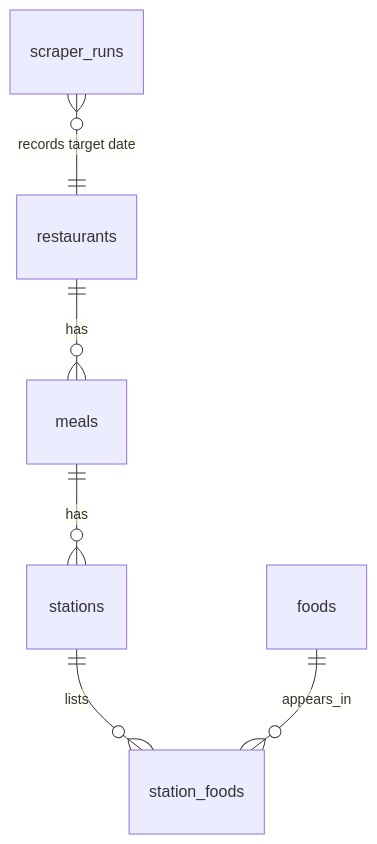
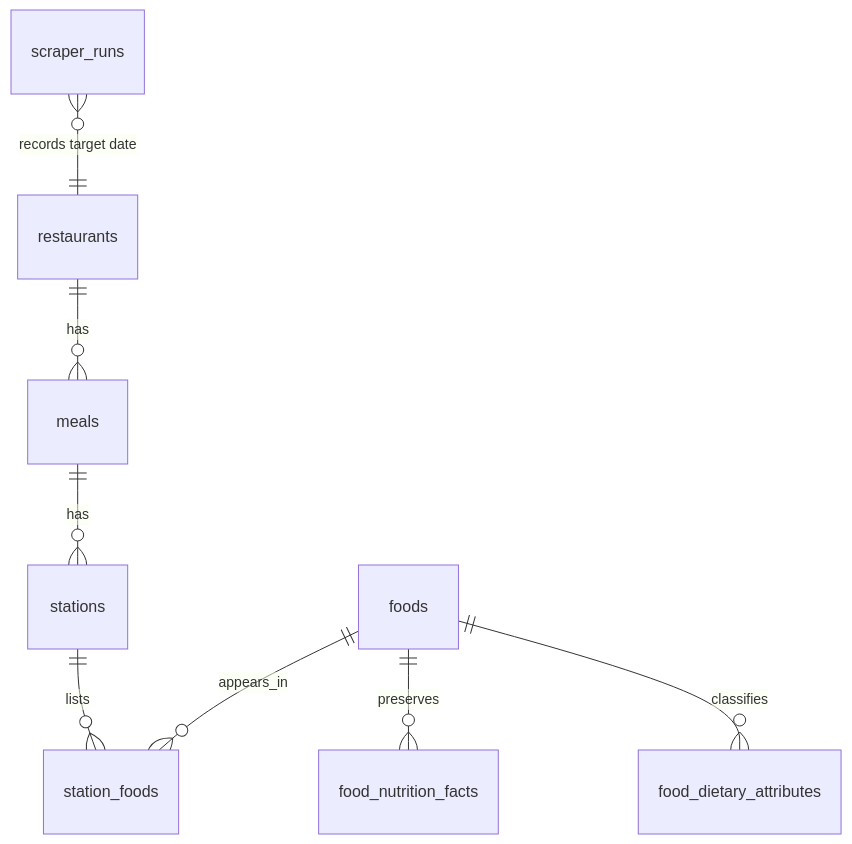
Before and after one commit to ChaddBrenner/ElonMealsDB: the diagram in docs/sql-walkthrough.md, drawn with Mermaid. The commit also changed other lines of this file and 36 other files, not shown here.

````diff
--- a/docs/sql-walkthrough.md
+++ b/docs/sql-walkthrough.md
@@ -9,8 +9,10 @@
 ```mermaid
 erDiagram
   restaurants ||--o{ meals : has
   meals ||--o{ stations : has
   stations ||--o{ station_foods : lists
   foods ||--o{ station_foods : appears_in
+  foods ||--o{ food_nutrition_facts : preserves
+  foods ||--o{ food_dietary_attributes : classifies
   scraper_runs }o--|| restaurants : "records target date"
 ```
````
